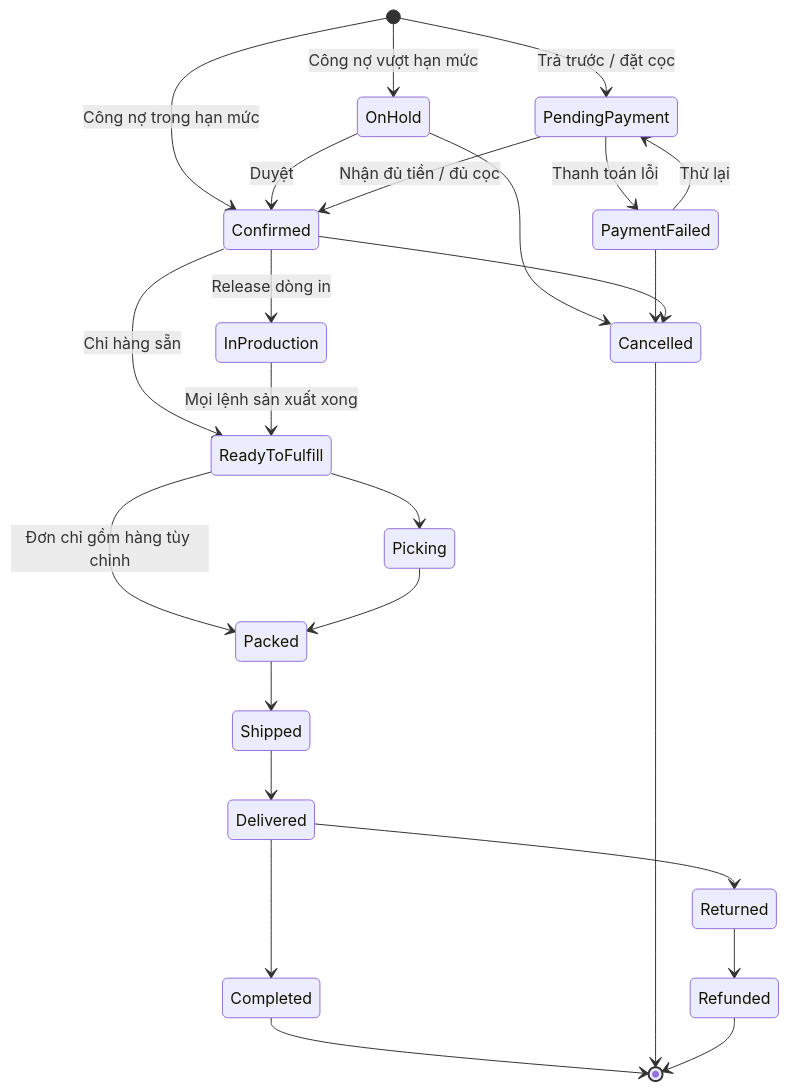
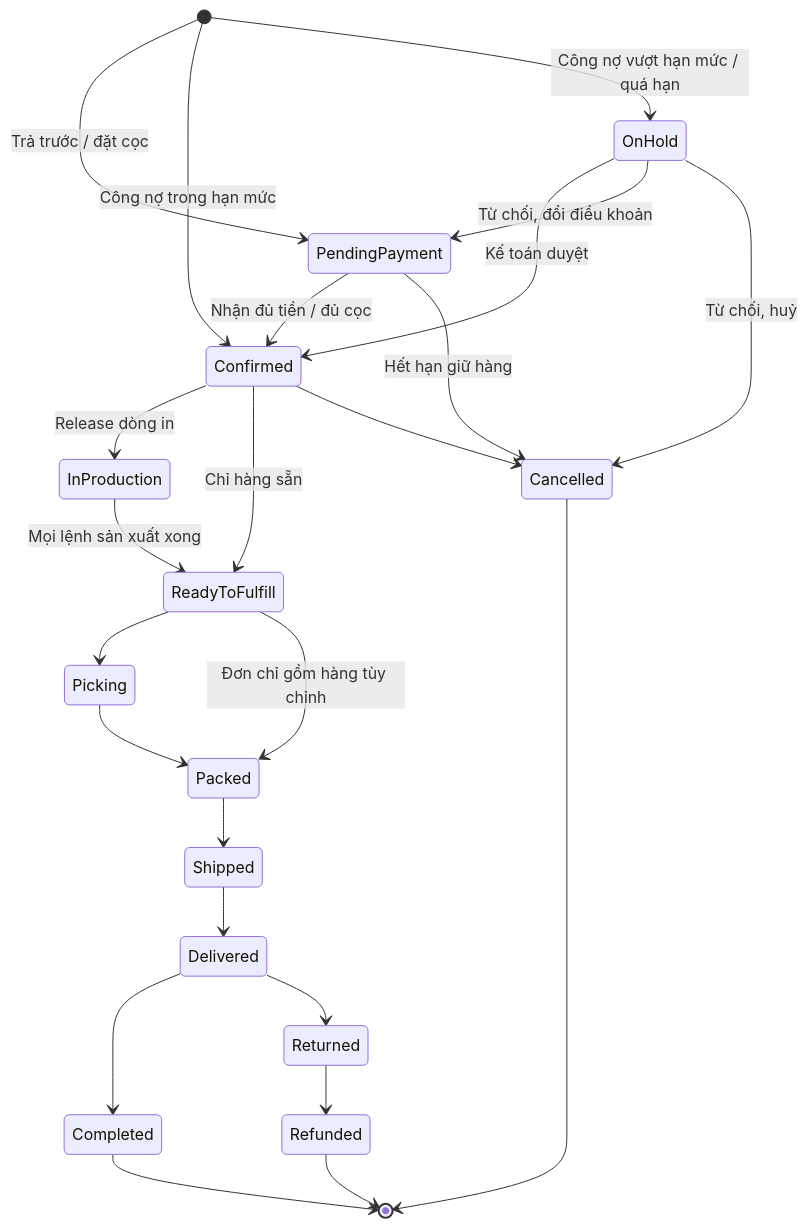
Before and after one commit to KLTN-FA26/docs: the second of 2 diagrams in docs/ecommerce/14-cart-and-order/README.md, drawn with Mermaid. The commit also changed other lines of this file and 8 other files, not shown here.

````diff
--- a/docs/ecommerce/14-cart-and-order/README.md
+++ b/docs/ecommerce/14-cart-and-order/README.md
@@ -134,27 +165,26 @@
 ```mermaid
 stateDiagram-v2
     [*] --> PendingPayment: Trả trước / đặt cọc
     [*] --> Confirmed: Công nợ trong hạn mức
-    [*] --> OnHold: Công nợ vượt hạn mức
-    OnHold --> Confirmed: Duyệt
-    OnHold --> Cancelled
+    [*] --> OnHold: Công nợ vượt hạn mức / quá hạn
+    OnHold --> Confirmed: Kế toán duyệt
+    OnHold --> PendingPayment: Từ chối, đổi điều khoản
+    OnHold --> Cancelled: Từ chối, huỷ
     PendingPayment --> Confirmed: Nhận đủ tiền / đủ cọc
-    PendingPayment --> PaymentFailed: Thanh toán lỗi
-    PaymentFailed --> PendingPayment: Thử lại
-    PaymentFailed --> Cancelled
+    PendingPayment --> Cancelled: Hết hạn giữ hàng
     Confirmed --> InProduction: Release dòng in
     Confirmed --> ReadyToFulfill: Chỉ hàng sẵn
     InProduction --> ReadyToFulfill: Mọi lệnh sản xuất xong
     ReadyToFulfill --> Picking
     ReadyToFulfill --> Packed: Đơn chỉ gồm hàng tùy chỉnh
     Picking --> Packed
     Packed --> Shipped
     Shipped --> Delivered
     Delivered --> Completed
     Confirmed --> Cancelled
     Delivered --> Returned
     Returned --> Refunded
     Completed --> [*]
     Cancelled --> [*]
     Refunded --> [*]
 ```
````
